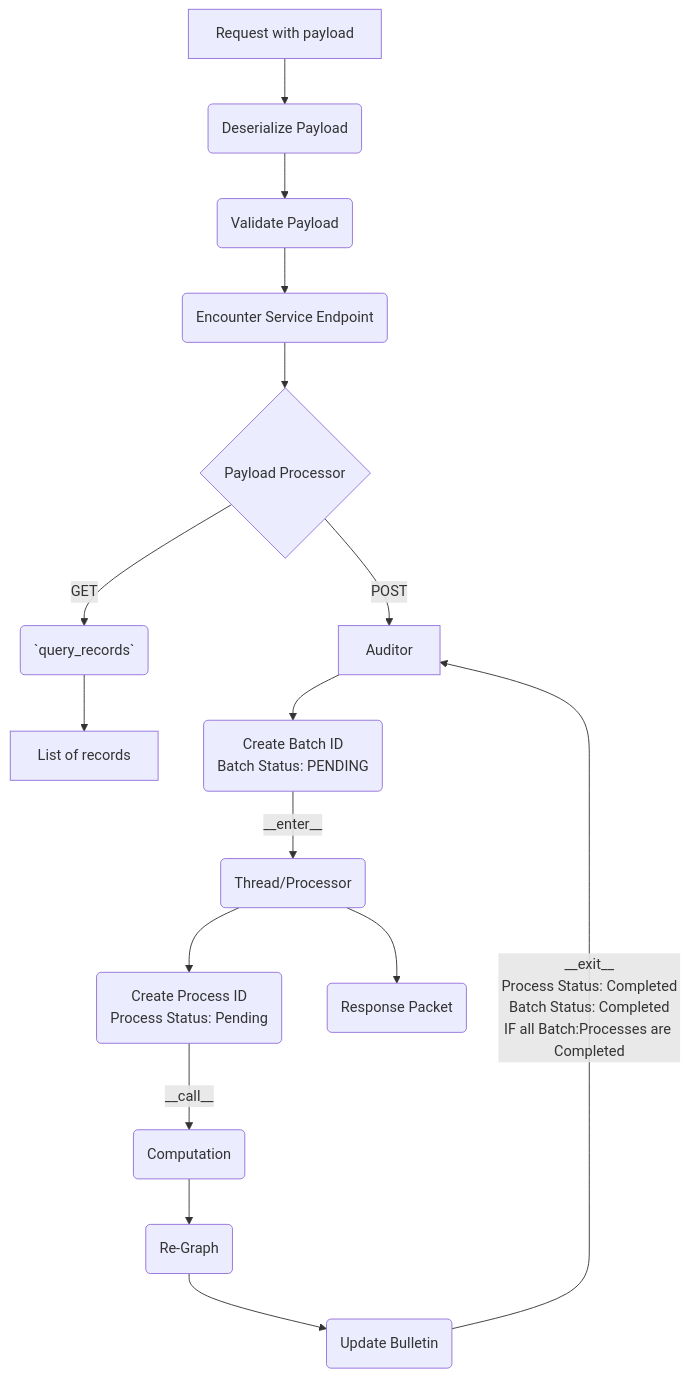
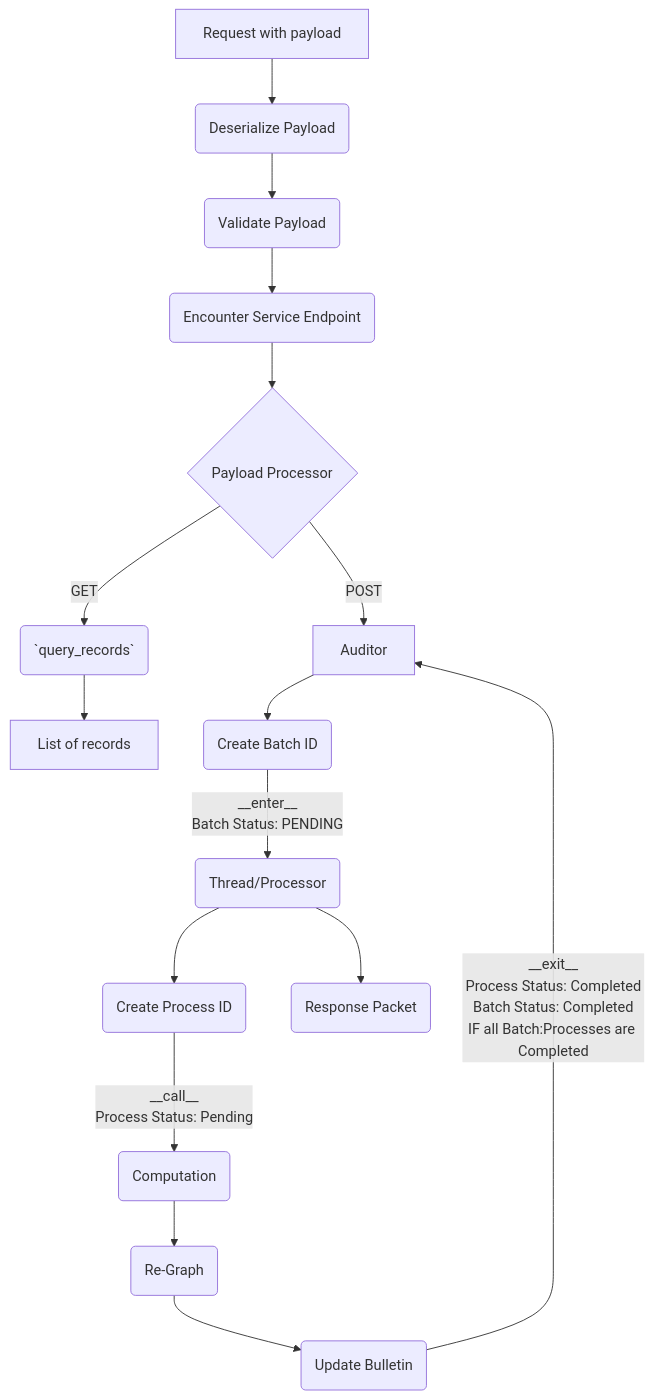
One commit to HealthIQ-LLC/master-patient-index changed the first of 9 diagrams in README.md. Above: the diagram before and after it, drawn with Mermaid.

Commit message:
static analysis and PEP compliance

````diff
--- a/README.md
+++ b/README.md
@@ -172,19 +172,19 @@
 ```mermaid
 graph TD
 A[Request with payload]-->B(Deserialize Payload)
 B-->C(Validate Payload)
 C-->D(Encounter Service Endpoint)
 D-->E{Payload Processor}
 E-->|GET| F(`query_records`)
 F-->G[List of records]
 E-->|POST| H[Auditor]
-H-->O(Create Batch ID\nBatch Status: PENDING)
-O-->|__enter__| I(Thread/Processor)
-I-->P(Create Process ID\nProcess Status: Pending)
-P-->|__call__|L(Computation)
+H-->O(Create Batch ID)
+O-->|__enter__\nBatch Status: PENDING| I(Thread/Processor)
+I-->P(Create Process ID)
+P-->|__call__\nProcess Status: Pending|L(Computation)
 N-->|__exit__\nProcess Status: Completed\nBatch Status: Completed\nIF all Batch:Processes are Completed|H
 I-->K(Response Packet)
 L-->M(Re-Graph)
 M-->N(Update Bulletin)
 
 ```
````
